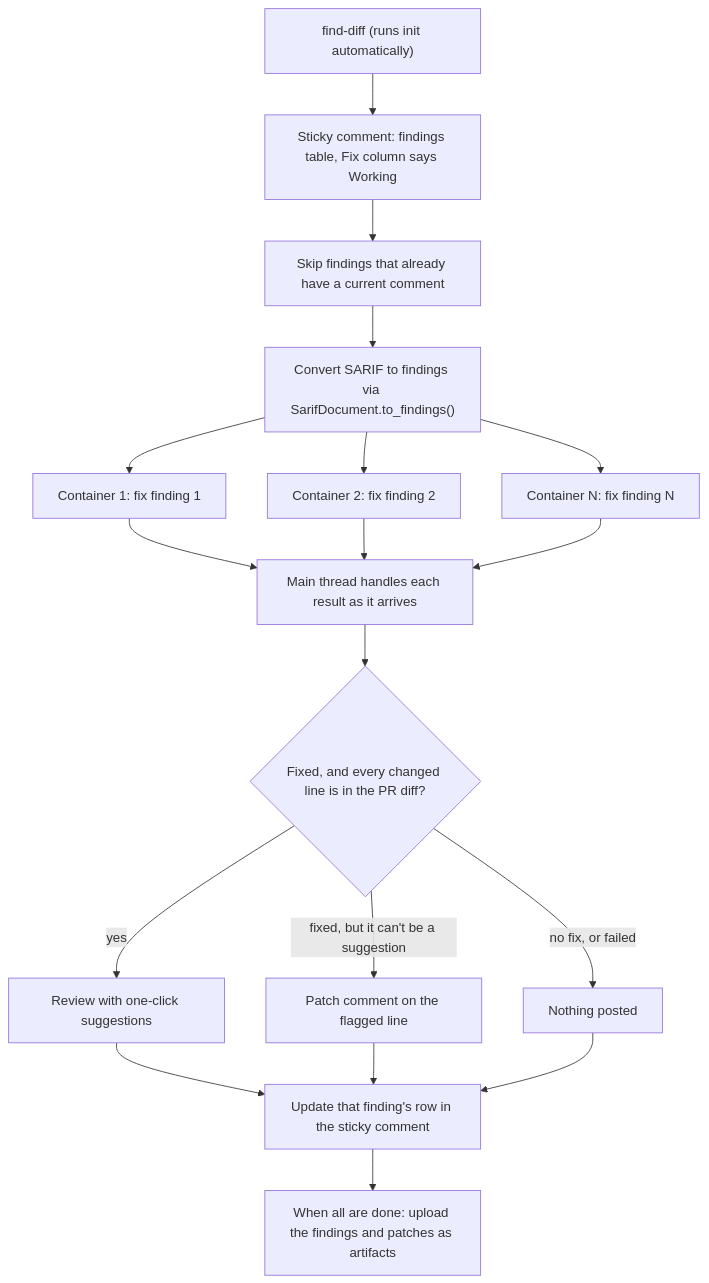
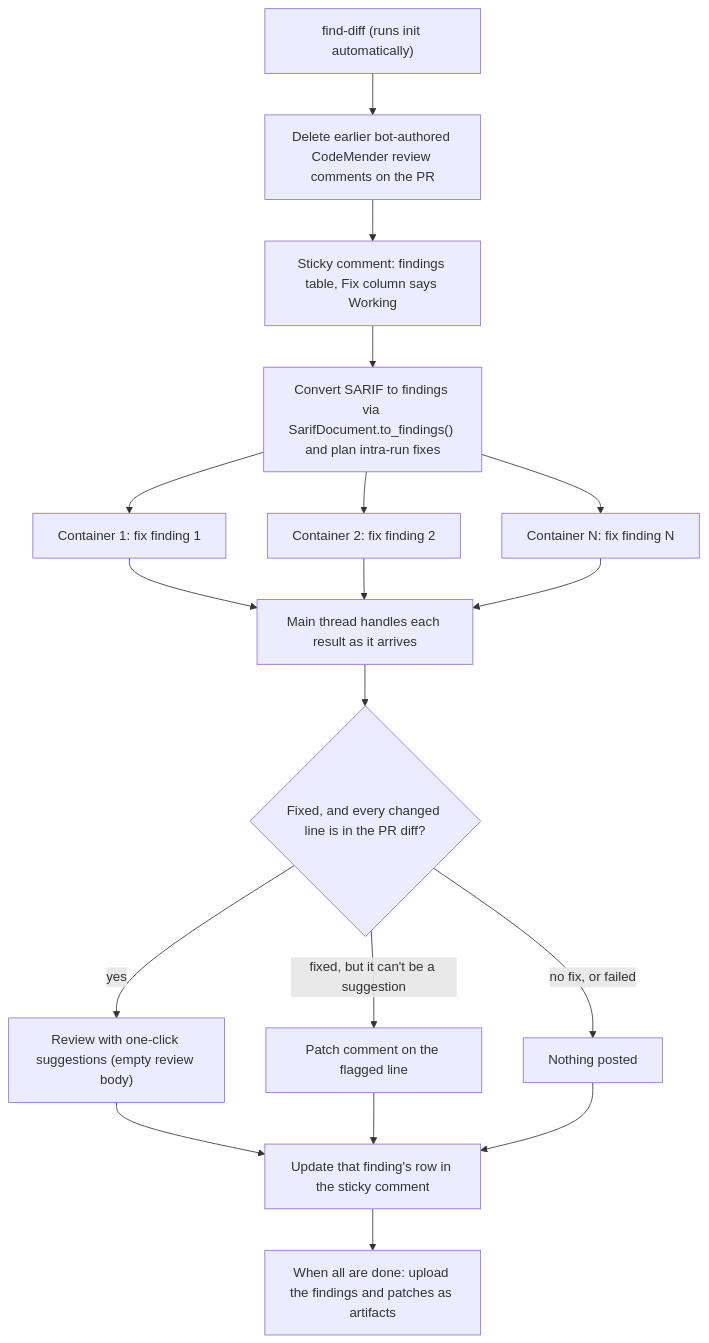
The diagram in docs/openspec/specs/github-actions-fix/design.md (avnit/codemender-runner-mcp), drawn with Mermaid before and after one commit. The commit also changed other lines of this file and 11 other files, not shown here.

First line of the commit message:
feat(gha): wipe prior CodeMender PR review comments and run fresh on each PR scan (#111)

````diff
--- a/docs/openspec/specs/github-actions-fix/design.md
+++ b/docs/openspec/specs/github-actions-fix/design.md
@@ -285,20 +297,20 @@
 ```mermaid
 flowchart TD
-  A["find-diff (runs init automatically)"] --> B["Sticky comment: findings table, Fix column says Working"]
-  B --> C["Skip findings that already have a current comment"]
-  C --> D["Convert SARIF to findings via SarifDocument.to_findings()"]
+  A["find-diff (runs init automatically)"] --> B["Delete earlier bot-authored CodeMender review comments on the PR"]
+  B --> C["Sticky comment: findings table, Fix column says Working"]
+  C --> D["Convert SARIF to findings via SarifDocument.to_findings() and plan intra-run fixes"]
   D --> E1["Container 1: fix finding 1"]
   D --> E2["Container 2: fix finding 2"]
   D --> E3["Container N: fix finding N"]
   E1 --> F["Main thread handles each result as it arrives"]
   E2 --> F
   E3 --> F
   F --> G{"Fixed, and every changed line is in the PR diff?"}
-  G -->|"yes"| H["Review with one-click suggestions"]
+  G -->|"yes"| H["Review with one-click suggestions (empty review body)"]
   G -->|"fixed, but it can't be a suggestion"| I["Patch comment on the flagged line"]
   G -->|"no fix, or failed"| J["Nothing posted"]
   H --> K["Update that finding's row in the sticky comment"]
   I --> K
   J --> K
   K --> L["When all are done: upload the findings and patches as artifacts"]
 ```
````
